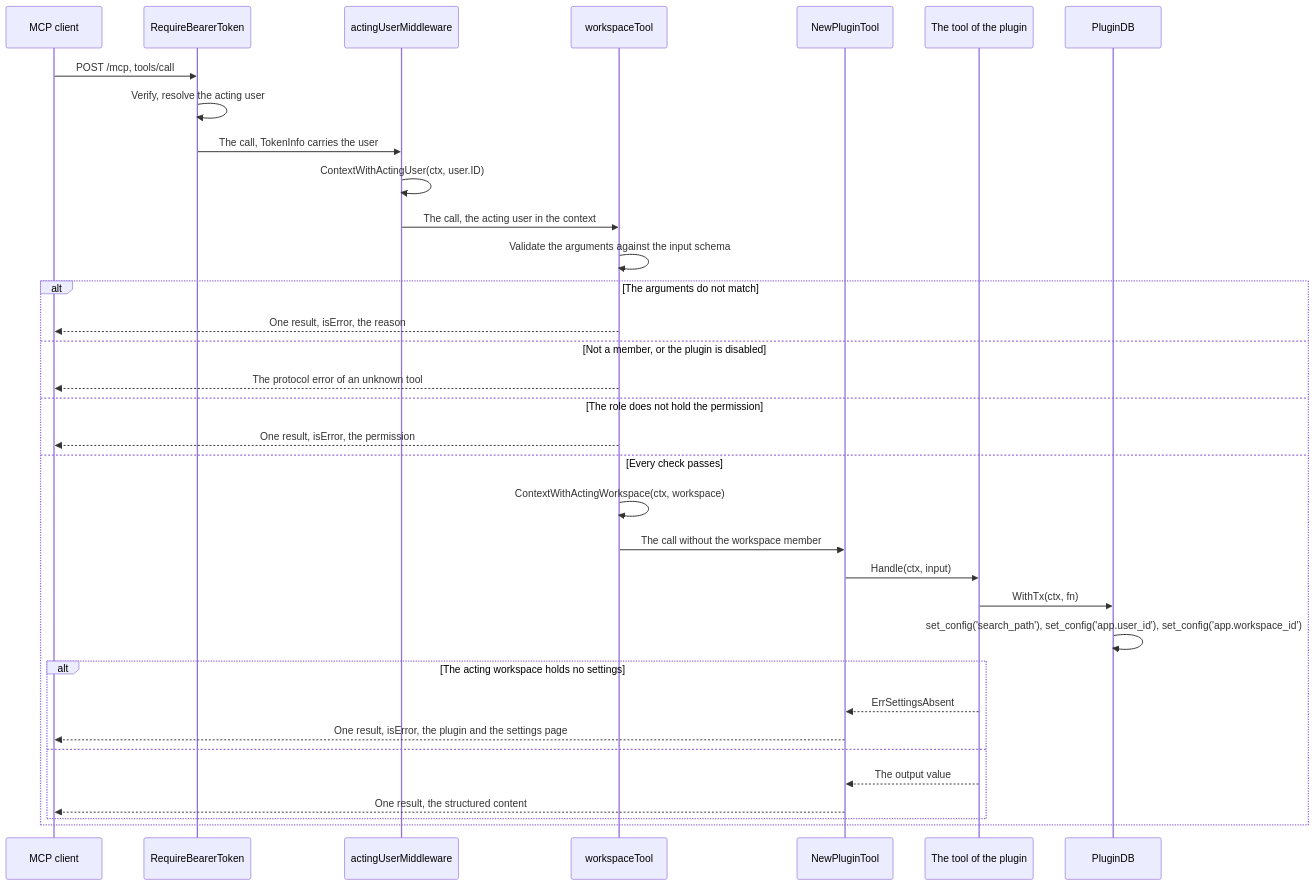
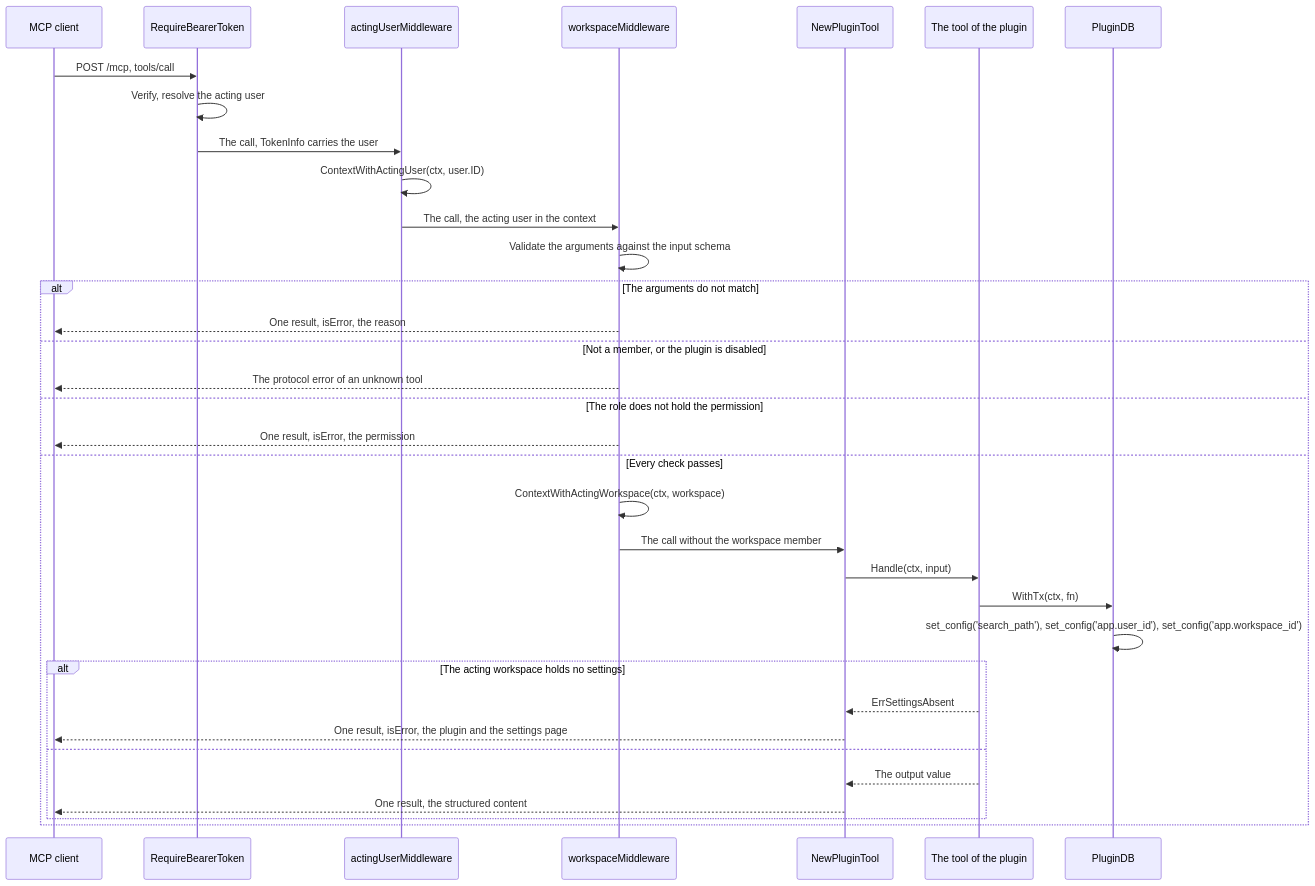
The diagram in specs/features/mcphub/spec-plugin-tools.md (ABGEO/maroid), drawn with Mermaid before and after one commit. The commit also changed other lines of this file and 42 other files, not shown here.

Commit message:
feat(hub): name the workspace in the bot and in a tool call

````diff
--- a/specs/features/mcphub/spec-plugin-tools.md
+++ b/specs/features/mcphub/spec-plugin-tools.md
@@ -182,37 +182,37 @@
 ```mermaid
 sequenceDiagram
     participant C as MCP client
     participant W as RequireBearerToken
     participant M as actingUserMiddleware
-    participant K as workspaceTool
+    participant K as workspaceMiddleware
     participant A as NewPluginTool
     participant T as The tool of the plugin
     participant D as PluginDB
 
     C->>W: POST /mcp, tools/call
     W->>W: Verify, resolve the acting user
     W->>M: The call, TokenInfo carries the user
     M->>M: ContextWithActingUser(ctx, user.ID)
     M->>K: The call, the acting user in the context
     K->>K: Validate the arguments against the input schema
     alt The arguments do not match
         K-->>C: One result, isError, the reason
     else Not a member, or the plugin is disabled
         K-->>C: The protocol error of an unknown tool
     else The role does not hold the permission
         K-->>C: One result, isError, the permission
     else Every check passes
         K->>K: ContextWithActingWorkspace(ctx, workspace)
         K->>A: The call without the workspace member
         A->>T: Handle(ctx, input)
         T->>D: WithTx(ctx, fn)
         D->>D: set_config('search_path'), set_config('app.user_id'), set_config('app.workspace_id')
         alt The acting workspace holds no settings
             T-->>A: ErrSettingsAbsent
             A-->>C: One result, isError, the plugin and the settings page
         else
             T-->>A: The output value
             A-->>C: One result, the structured content
         end
     end
 ```
````
